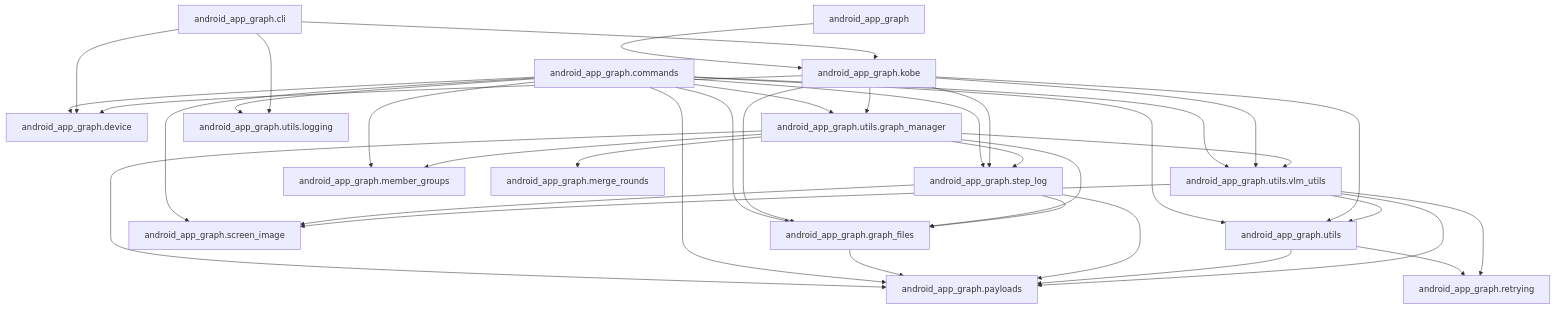
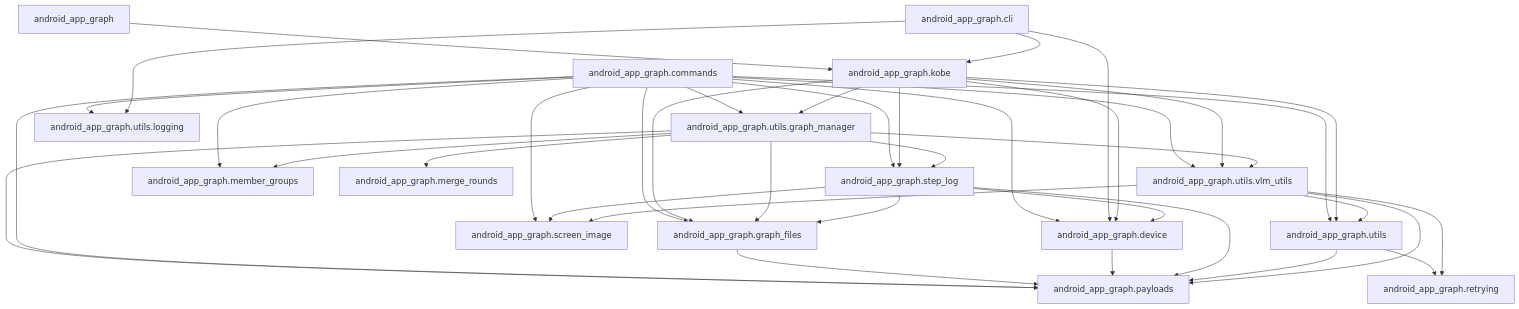
The diagram in README.md (john-agi/Android-App-Graph), drawn with Mermaid before and after one commit. The commit also changed other lines of this file and 10 other files, not shown here.

````diff
--- a/README.md
+++ b/README.md
@@ -55,39 +55,41 @@
 ```mermaid
 graph TD;
     pkg["android_app_graph"] --> kobe["android_app_graph.kobe"];
     cmd["android_app_graph.commands"] --> dev["android_app_graph.device"];
     cmd --> gf["android_app_graph.graph_files"];
     cmd --> img["android_app_graph.screen_image"];
     cmd --> steps["android_app_graph.step_log"];
     cmd --> utils["android_app_graph.utils"];
     cmd --> gm["android_app_graph.utils.graph_manager"];
     cmd --> logging["android_app_graph.utils.logging"];
     cmd --> vlm["android_app_graph.utils.vlm_utils"];
     cli["android_app_graph.cli"] --> dev;
     cli --> kobe;
     cli --> logging;
     kobe --> dev;
     kobe --> gf;
     kobe --> steps;
     kobe --> utils;
     kobe --> gm;
     kobe --> vlm;
     cmd --> groups["android_app_graph.member_groups"];
     gm --> gf;
     gm --> groups;
     gm --> rounds["android_app_graph.merge_rounds"];
     gm --> pay["android_app_graph.payloads"];
     cmd --> pay;
     gm --> steps;
     gm --> vlm;
     gf --> pay;
+    dev --> pay;
+    steps --> dev;
     steps --> gf;
     steps --> pay;
     steps --> img;
     utils --> pay;
     utils --> retry["android_app_graph.retrying"];
     vlm --> pay;
     vlm --> retry;
     vlm --> img;
     vlm --> utils;
 ```
````
